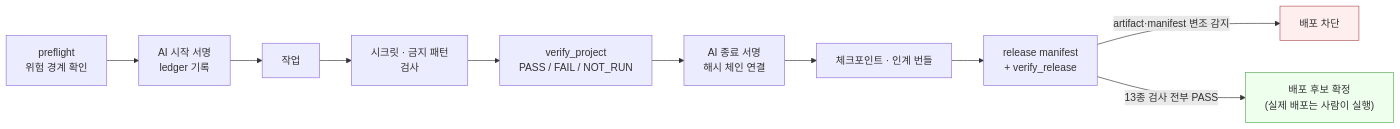
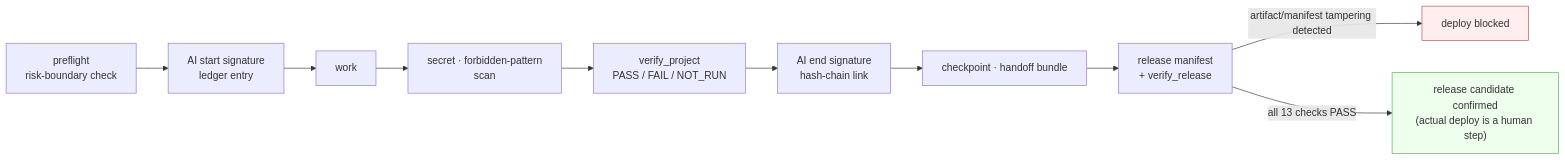
The third of 3 diagrams in README.md (produckyou-design/ai-project-structure-standard), drawn with Mermaid before and after one commit. The commit also changed other lines of this file and 3 other files, not shown here.

````diff
--- a/README.md
+++ b/README.md
@@ -116,15 +134,15 @@
 ```mermaid
 flowchart LR
-    A["preflight<br/>위험 경계 확인"] --> B["AI 시작 서명<br/>ledger 기록"]
-    B --> C["작업"]
-    C --> D["시크릿 · 금지 패턴<br/>검사"]
+    A["preflight<br/>risk-boundary check"] --> B["AI start signature<br/>ledger entry"]
+    B --> C["work"]
+    C --> D["secret · forbidden-pattern<br/>scan"]
     D --> E["verify_project<br/>PASS / FAIL / NOT_RUN"]
-    E --> F["AI 종료 서명<br/>해시 체인 연결"]
-    F --> G["체크포인트 · 인계 번들"]
+    E --> F["AI end signature<br/>hash-chain link"]
+    F --> G["checkpoint · handoff bundle"]
     G --> H["release manifest<br/>+ verify_release"]
-    H -->|"artifact·manifest 변조 감지"| I["배포 차단"]
-    H -->|"13종 검사 전부 PASS"| J["배포 후보 확정<br/>(실제 배포는 사람이 실행)"]
+    H -->|"artifact/manifest tampering detected"| I["deploy blocked"]
+    H -->|"all 13 checks PASS"| J["release candidate confirmed<br/>(actual deploy is a human step)"]
 
     style I fill:#fee,stroke:#a55
     style J fill:#efe,stroke:#5a5
 ```
````
